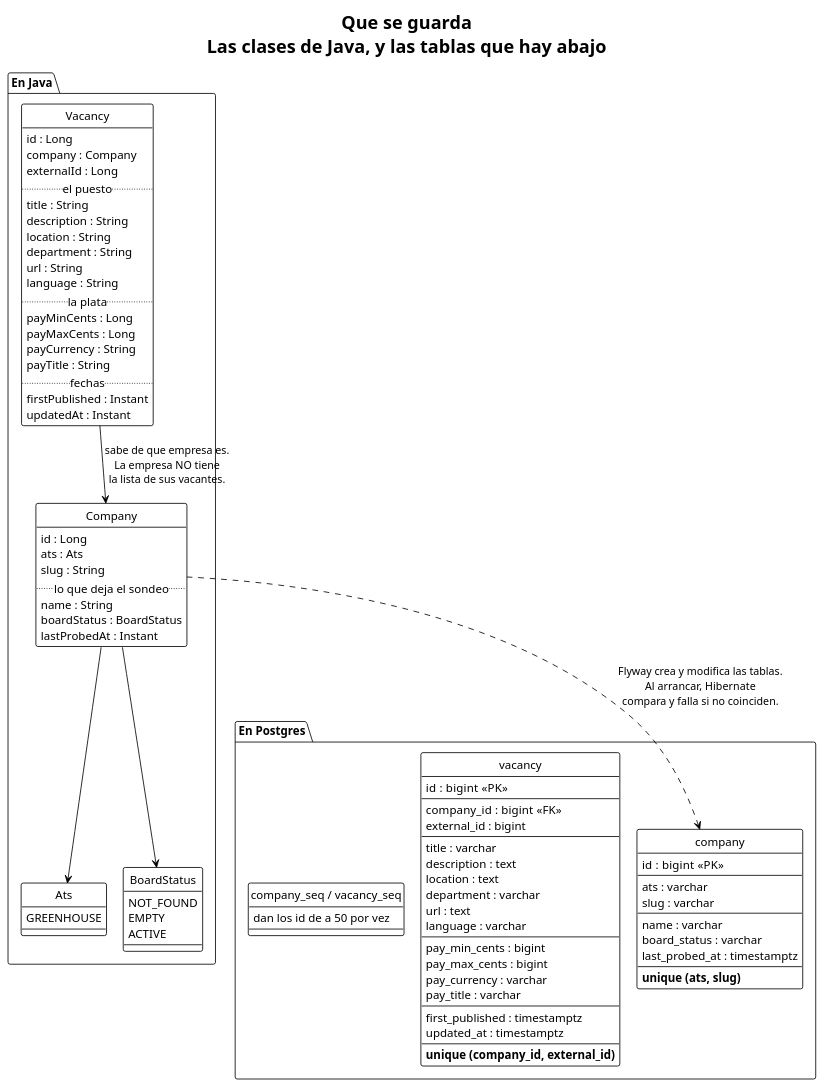
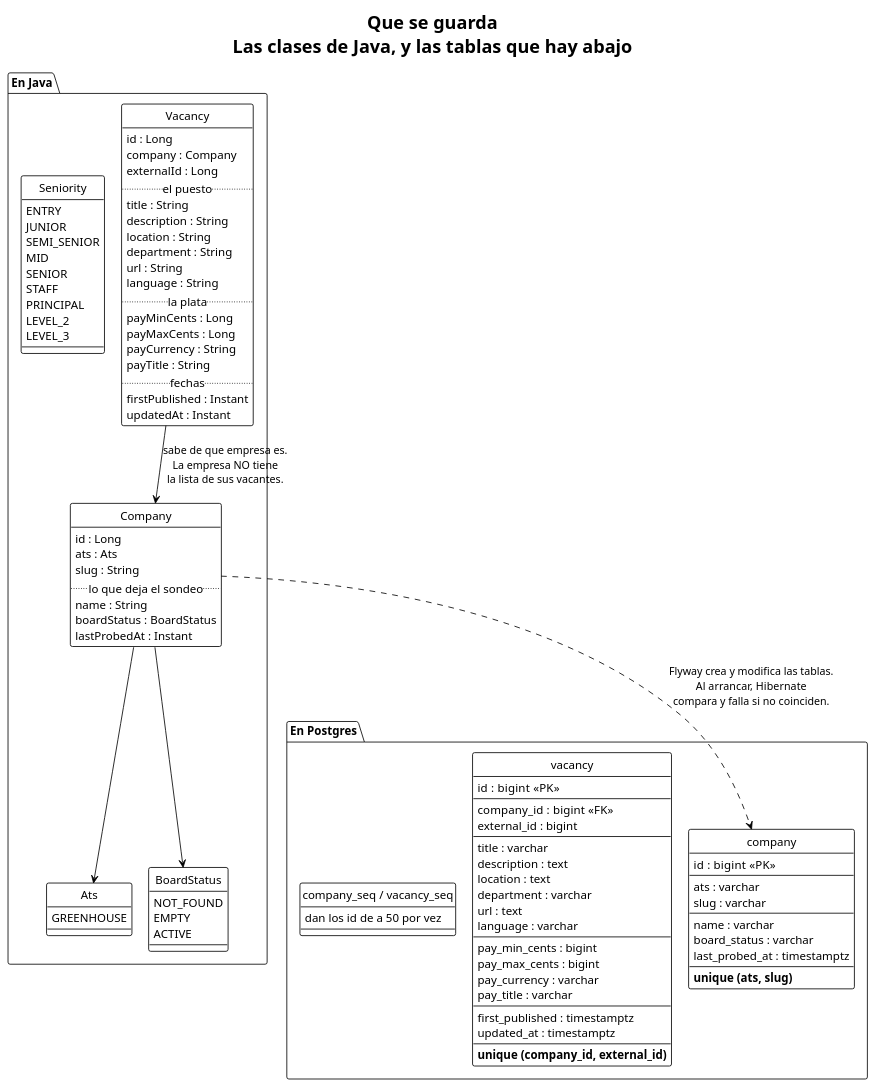
Before and after one commit to EliasNAires/oneprofile: the diagram in docs/para-humanos/diagramas/modelo-de-datos.puml, drawn with PlantUML. The commit also changed 6 other files, not shown here.

```diff
--- a/docs/para-humanos/diagramas/modelo-de-datos.puml
+++ b/docs/para-humanos/diagramas/modelo-de-datos.puml
@@ -1,105 +1,117 @@
 @startuml modelo-de-datos
 !theme plain
 title Que se guarda\nLas clases de Java, y las tablas que hay abajo
 
 skinparam shadowing false
 skinparam nodesep 20
 skinparam ranksep 40
 hide circle
 
 package "En Java" {
 
   class Company {
     id : Long
     ats : Ats
     slug : String
     .. lo que deja el sondeo ..
     name : String
     boardStatus : BoardStatus
     lastProbedAt : Instant
   }
 
   class Vacancy {
     id : Long
     company : Company
     externalId : Long
     .. el puesto ..
     title : String
     description : String
     location : String
     department : String
     url : String
     language : String
     .. la plata ..
     payMinCents : Long
     payMaxCents : Long
     payCurrency : String
     payTitle : String
     .. fechas ..
     firstPublished : Instant
     updatedAt : Instant
   }
 
   enum Ats {
     GREENHOUSE
   }
 
   enum BoardStatus {
     NOT_FOUND
     EMPTY
     ACTIVE
+  }
+
+  enum Seniority {
+    ENTRY
+    JUNIOR
+    SEMI_SENIOR
+    MID
+    SENIOR
+    STAFF
+    PRINCIPAL
+    LEVEL_2
+    LEVEL_3
   }
 
   Company --> Ats
   Company --> BoardStatus
   Vacancy --> Company : sabe de que empresa es.\nLa empresa NO tiene\nla lista de sus vacantes.
 }
 
 package "En Postgres" {
 
   entity "company" as tc {
     id : bigint  <<PK>>
     --
     ats : varchar
     slug : varchar
     --
     name : varchar
     board_status : varchar
     last_probed_at : timestamptz
     --
     **unique (ats, slug)**
   }
 
   entity "vacancy" as tv {
     id : bigint  <<PK>>
     --
     company_id : bigint  <<FK>>
     external_id : bigint
     --
     title : varchar
     description : text
     location : text
     department : varchar
     url : text
     language : varchar
     --
     pay_min_cents : bigint
     pay_max_cents : bigint
     pay_currency : varchar
     pay_title : varchar
     --
     first_published : timestamptz
     updated_at : timestamptz
     --
     **unique (company_id, external_id)**
   }
 
   entity "company_seq / vacancy_seq" as s {
     dan los id de a 50 por vez
   }
 
 }
 
 Company ..> tc : Flyway crea y modifica las tablas.\nAl arrancar, Hibernate\ncompara y falla si no coinciden.
 
 @enduml
```
